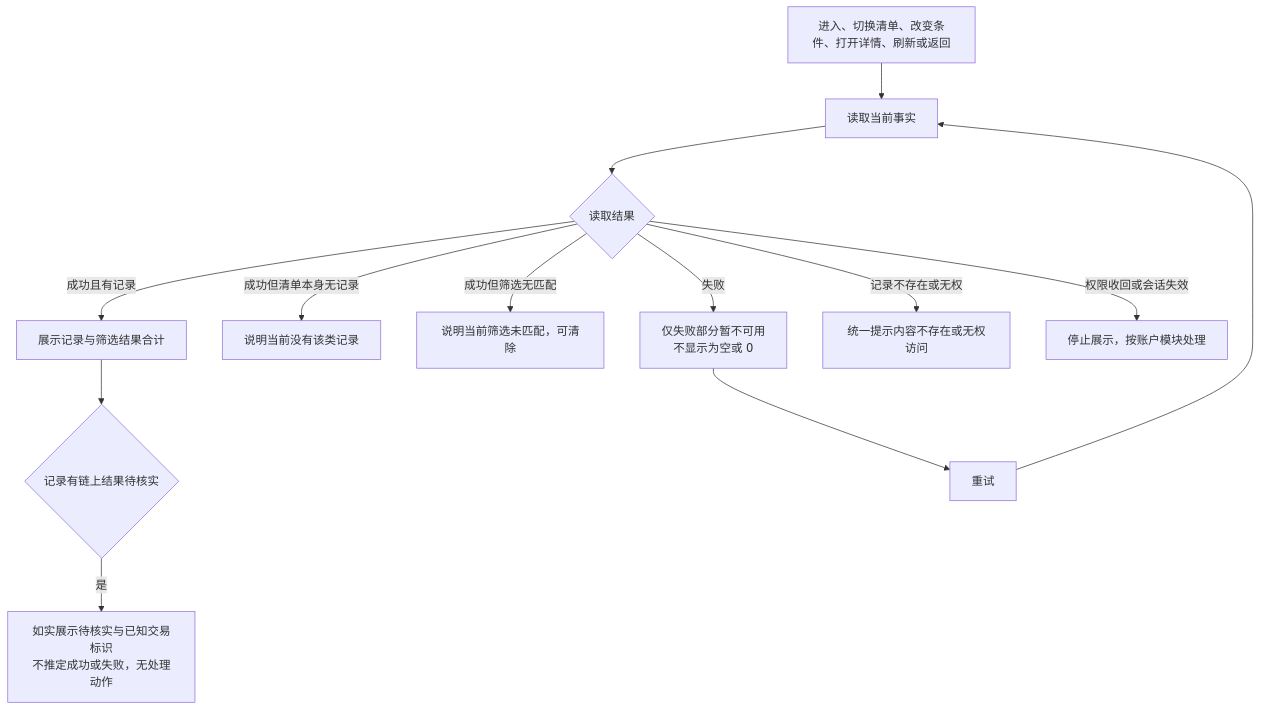
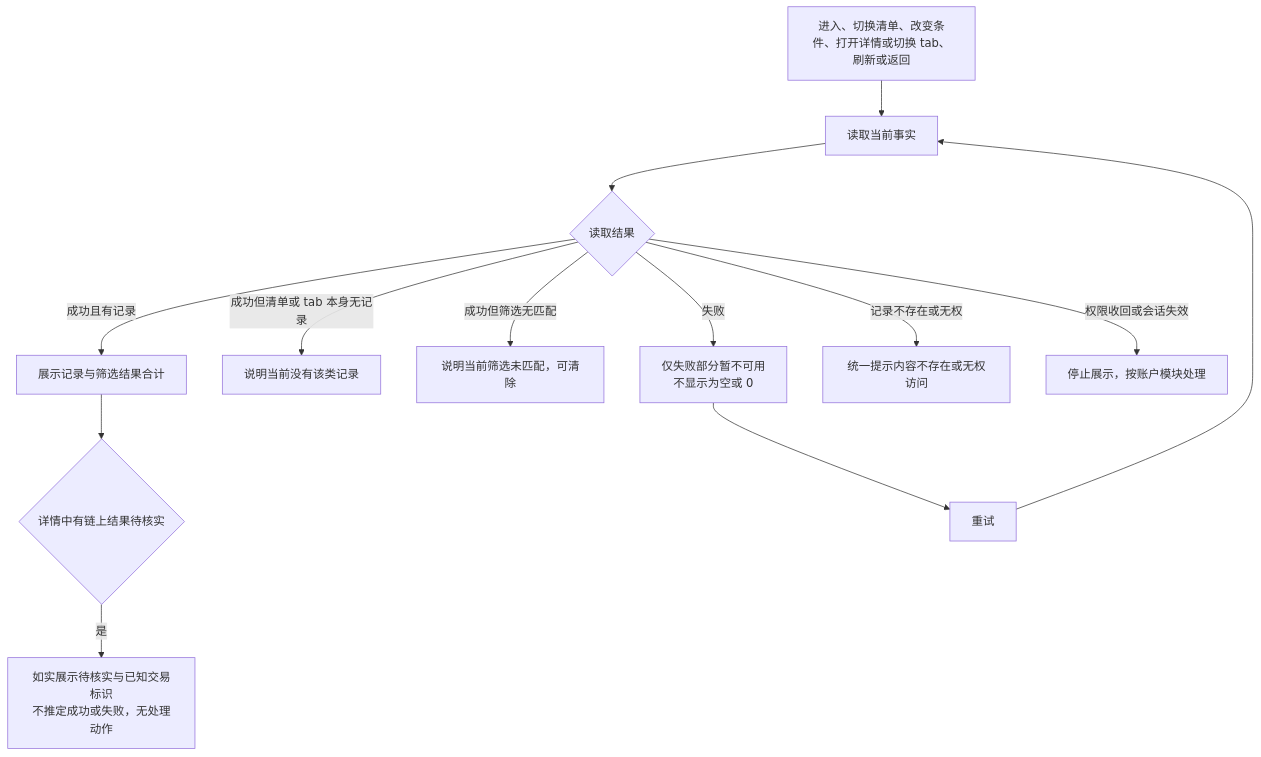
Before and after one commit to wxblockchain/Chain-Financing: the third of 3 diagrams in lending-platform/PRD/运营端/09-融资台账/02-融资台账-流程图与状态机.md, drawn with Mermaid. The commit also changed other lines of this file and 3 other files, not shown here.

````diff
--- a/lending-platform/PRD/运营端/09-融资台账/02-融资台账-流程图与状态机.md
+++ b/lending-platform/PRD/运营端/09-融资台账/02-融资台账-流程图与状态机.md
@@ -87,15 +87,15 @@
 ```mermaid
 flowchart TD
-    A[进入、切换清单、改变条件、打开详情、刷新或返回] --> B[读取当前事实]
+    A[进入、切换清单、改变条件、打开详情或切换 tab、刷新或返回] --> B[读取当前事实]
     B --> C{读取结果}
     C -->|成功且有记录| D[展示记录与筛选结果合计]
-    C -->|成功但清单本身无记录| E[说明当前没有该类记录]
+    C -->|成功但清单或 tab 本身无记录| E[说明当前没有该类记录]
     C -->|成功但筛选无匹配| F[说明当前筛选未匹配，可清除]
     C -->|失败| G[仅失败部分暂不可用<br/>不显示为空或 0]
     G --> H[重试]
     H --> B
     C -->|记录不存在或无权| I[统一提示内容不存在或无权访问]
     C -->|权限收回或会话失效| J[停止展示，按账户模块处理]
-    D --> K{记录有链上结果待核实}
+    D --> K{详情中有链上结果待核实}
     K -->|是| K1[如实展示待核实与已知交易标识<br/>不推定成功或失败，无处理动作]
 ```
````
